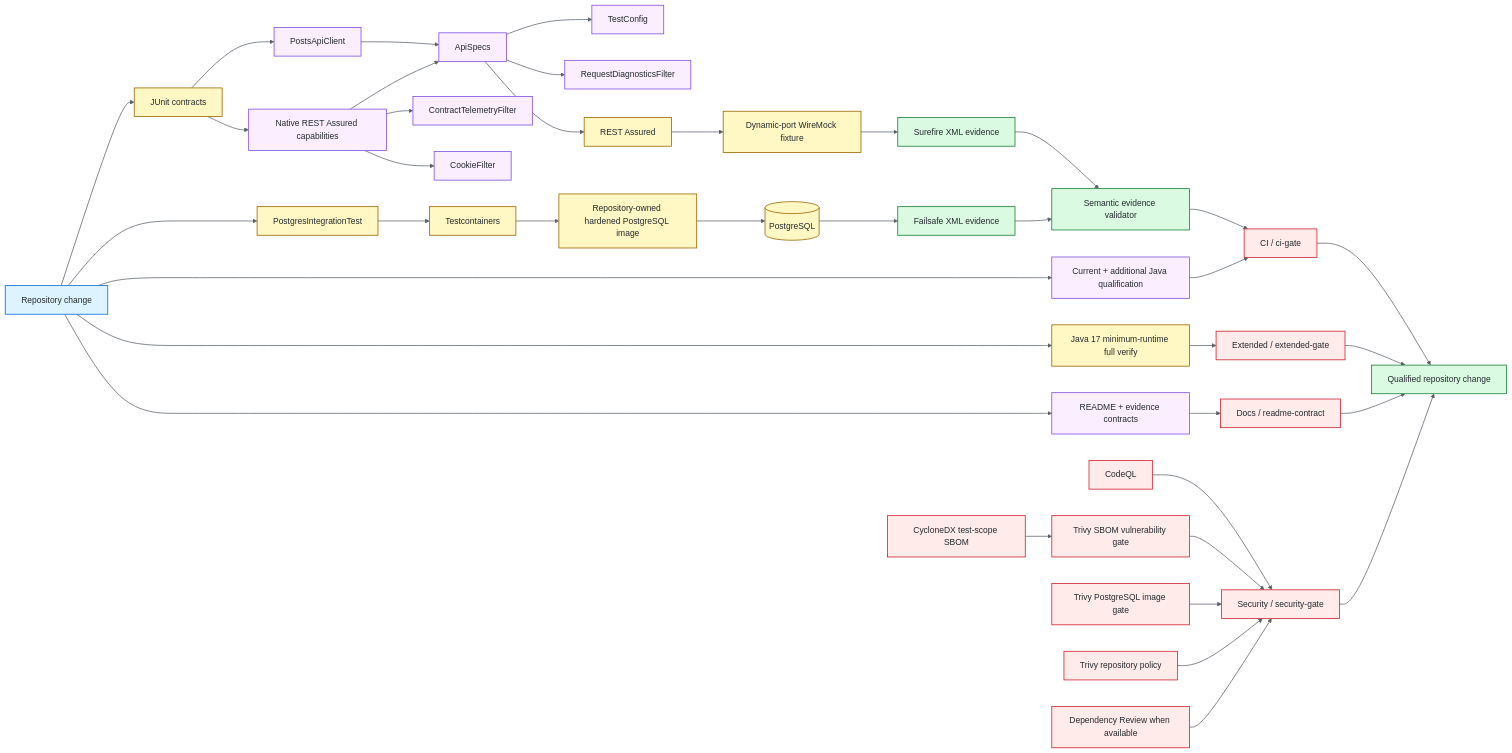
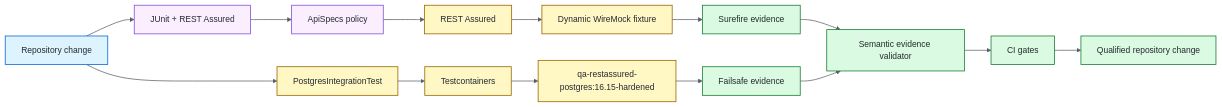
The diagram in README.md (portyu9/qa-automation-java-restassured), drawn with Mermaid before and after one commit. The commit also changed other lines of this file, not shown here.

Commit message:
docs: streamline REST Assured main README

````diff
--- a/README.md
+++ b/README.md
@@ -46,58 +44,28 @@
 ```mermaid
 flowchart LR
-    CHANGE[Repository change] --> TEST[JUnit contracts]
-    CHANGE --> DBTEST[PostgresIntegrationTest]
-    TEST --> CLIENT[PostsApiClient]
-    TEST --> NATIVE[Native REST Assured capabilities]
-    CLIENT --> SPEC[ApiSpecs]
-    NATIVE --> SPEC
-    SPEC --> CFG[TestConfig]
-    SPEC --> DIAG[RequestDiagnosticsFilter]
-    NATIVE --> TELE[ContractTelemetryFilter]
-    NATIVE --> COOKIE[CookieFilter]
+    CHANGE[Repository change] --> TEST[JUnit + REST Assured]
+    TEST --> SPEC[ApiSpecs policy]
     SPEC --> RA[REST Assured]
-    RA --> WM[Dynamic-port WireMock fixture]
+    RA --> WM[Dynamic WireMock fixture]
 
-    DBTEST --> TC[Testcontainers]
-    TC --> PGBUILD[Repository-owned hardened PostgreSQL image]
-    PGBUILD --> PG[(PostgreSQL)]
+    CHANGE --> DB[PostgresIntegrationTest]
+    DB --> TC[Testcontainers]
+    TC --> PG[qa-restassured-postgres:16.15-hardened]
 
-    WM --> SURE[Surefire XML evidence]
-    PG --> FAIL[Failsafe XML evidence]
-    SURE --> EVIDENCE[Semantic evidence validator]
-    FAIL --> EVIDENCE
-    EVIDENCE --> CIG[CI / ci-gate]
+    WM --> SURE[Surefire evidence]
+    PG --> FAIL[Failsafe evidence]
+    SURE --> VALIDATE[Semantic evidence validator]
+    FAIL --> VALIDATE
+    VALIDATE --> GATES[CI gates]
+    GATES --> RESULT[Qualified repository change]
 
-    CHANGE --> QUAL[Current + additional Java qualification]
-    QUAL --> CIG
-
-    CHANGE --> J17[Java 17 minimum-runtime full verify]
-    J17 --> EG[Extended / extended-gate]
-
-    CHANGE --> DOCS[README + evidence contracts]
-    DOCS --> DG[Docs / readme-contract]
-
-    CODEQL[CodeQL] --> SG[Security / security-gate]
-    BOM[CycloneDX test-scope SBOM] --> SBOMSCAN[Trivy SBOM vulnerability gate]
-    SBOMSCAN --> SG
-    PGSCAN[Trivy PostgreSQL image gate] --> SG
-    REPO[Trivy repository policy] --> SG
-    DEP[Dependency Review when available] --> SG
-
-    CIG --> RESULT[Qualified repository change]
-    EG --> RESULT
-    DG --> RESULT
-    SG --> RESULT
-
-    classDef entry fill:#ddf4ff,stroke:#0969da,color:#24292f,stroke-width:1.5px;
-    classDef policy fill:#fbefff,stroke:#8250df,color:#24292f,stroke-width:1.5px;
-    classDef runtime fill:#fff8c5,stroke:#9a6700,color:#24292f,stroke-width:1.5px;
-    classDef evidence fill:#dafbe1,stroke:#1a7f37,color:#24292f,stroke-width:1.5px;
-    classDef gate fill:#ffebe9,stroke:#cf222e,color:#24292f,stroke-width:1.5px;
+    classDef entry fill:#DDF4FF,stroke:#0969DA,color:#24292F,stroke-width:1.5px;
+    classDef policy fill:#FBEFFF,stroke:#8250DF,color:#24292F,stroke-width:1.5px;
+    classDef runtime fill:#FFF8C5,stroke:#9A6700,color:#24292F,stroke-width:1.5px;
+    classDef evidence fill:#DAFBE1,stroke:#1A7F37,color:#24292F,stroke-width:1.5px;
     class CHANGE entry;
-    class CLIENT,NATIVE,SPEC,CFG,DIAG,TELE,COOKIE,QUAL,DOCS policy;
-    class TEST,DBTEST,RA,WM,TC,PGBUILD,PG,J17 runtime;
-    class SURE,FAIL,EVIDENCE,RESULT evidence;
-    class CIG,EG,DG,CODEQL,BOM,SBOMSCAN,PGSCAN,REPO,DEP,SG gate;
-    linkStyle default stroke:#57606a,stroke-width:1.4px;
+    class TEST,SPEC policy;
+    class RA,WM,DB,TC,PG runtime;
+    class SURE,FAIL,VALIDATE,GATES,RESULT evidence;
+    linkStyle default stroke:#57606A,stroke-width:1.4px;
 ```
````
